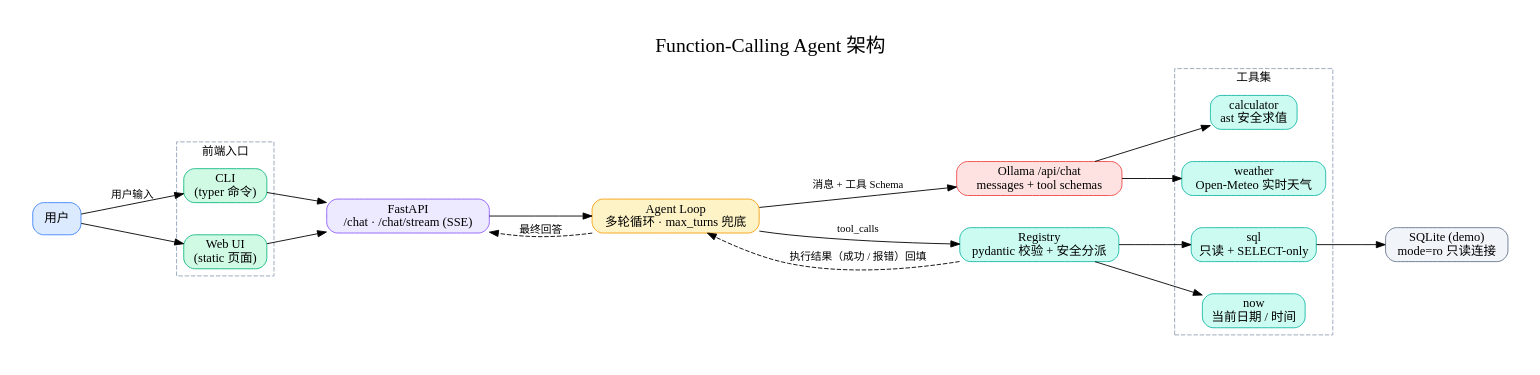
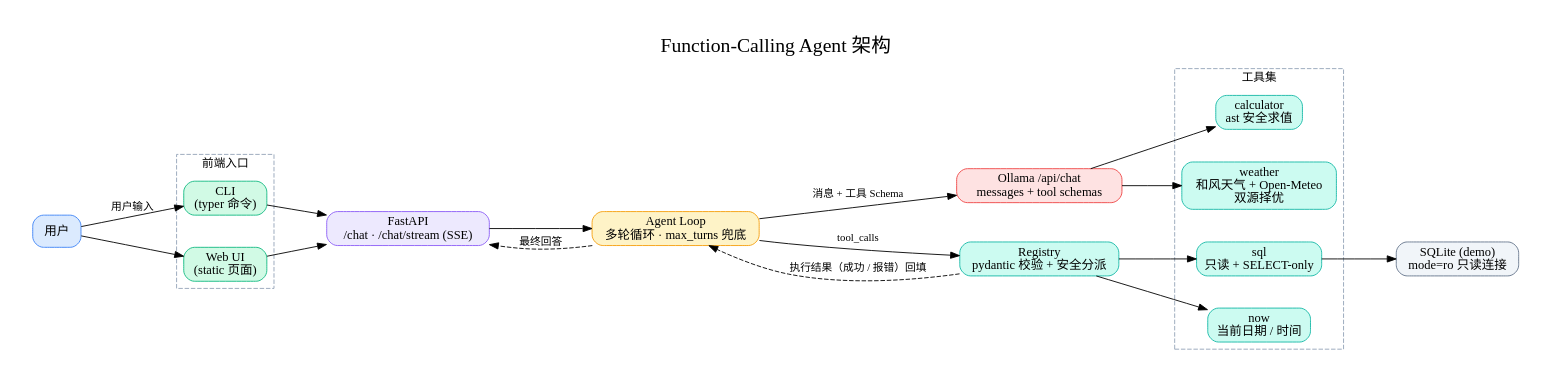
The diagram in docs/architecture.dot (ALeiQ/02-Function-Calling-Agent), drawn with Graphviz before and after one commit. The commit also changed 6 other files, not shown here.

Commit message:
feat: 天气双数据源（和风天气 + Open-Meteo）并行查询自动择优；.env 移出版本控制并新增 .env.example

```diff
--- a/docs/architecture.dot
+++ b/docs/architecture.dot
@@ -1,78 +1,78 @@
 digraph FunctionCallingAgent {
     rankdir = LR;
     splines = spline;
     nodesep = 0.5;
     ranksep = 0.9;
     graph [
         fontname = "PingFang SC"
         label = "Function-Calling Agent 架构"
         labelloc = t
         fontsize = 22
         pad = 0.4
     ];
     node [
         fontname = "PingFang SC"
         shape = box
         style = "rounded,filled"
         fontsize = 14
     ];
     edge [
         fontname = "PingFang SC"
         fontsize = 12
     ];
 
     user [ label = "用户", fillcolor = "#dbeafe", color = "#3b82f6" ];
 
     subgraph cluster_frontend {
         label = "前端入口"
         fontsize = 13
         style = dashed
         color = "#94a3b8"
         cli [ label = "CLI\n(typer 命令)", fillcolor = "#d1fae5", color = "#10b981" ];
         webui [ label = "Web UI\n(static 页面)", fillcolor = "#d1fae5", color = "#10b981" ];
     }
 
     api [ label = "FastAPI\n/chat · /chat/stream (SSE)", fillcolor = "#ede9fe", color = "#8b5cf6" ];
 
     loop [ label = "Agent Loop\n多轮循环 · max_turns 兜底", fillcolor = "#fef3c7", color = "#f59e0b" ];
 
     ollama [ label = "Ollama /api/chat\nmessages + tool schemas", fillcolor = "#fee2e2", color = "#ef4444" ];
     registry [ label = "Registry\npydantic 校验 + 安全分派", fillcolor = "#ccfbf1", color = "#14b8a6" ];
 
     subgraph cluster_tools {
         label = "工具集"
         fontsize = 13
         style = dashed
         color = "#94a3b8"
         calculator [ label = "calculator\nast 安全求值", fillcolor = "#ccfbf1", color = "#14b8a6" ];
-        weather [ label = "weather\nOpen-Meteo 实时天气", fillcolor = "#ccfbf1", color = "#14b8a6" ];
+        weather [ label = "weather\n和风天气 + Open-Meteo\n双源择优", fillcolor = "#ccfbf1", color = "#14b8a6" ];
         sql [ label = "sql\n只读 + SELECT-only", fillcolor = "#ccfbf1", color = "#14b8a6" ];
         now [ label = "now\n当前日期 / 时间", fillcolor = "#ccfbf1", color = "#14b8a6" ];
     }
 
     sqlite [ label = "SQLite (demo)\nmode=ro 只读连接", fillcolor = "#f1f5f9", color = "#64748b" ];
 
     user -> cli [ label = "用户输入" ];
     user -> webui;
     cli -> api;
     webui -> api;
     api -> loop;
     loop -> ollama [ label = "消息 + 工具 Schema" ];
     loop -> registry [ label = "tool_calls" ];
     ollama -> calculator;
     ollama -> weather;
     registry -> sql;
     registry -> now;
     sql -> sqlite;
 
     registry -> loop [
         label = "执行结果（成功 / 报错）回填"
         style = dashed
         constraint = false
     ];
     loop -> api [
         label = "最终回答"
         style = dashed
         constraint = false
     ];
 }
```
